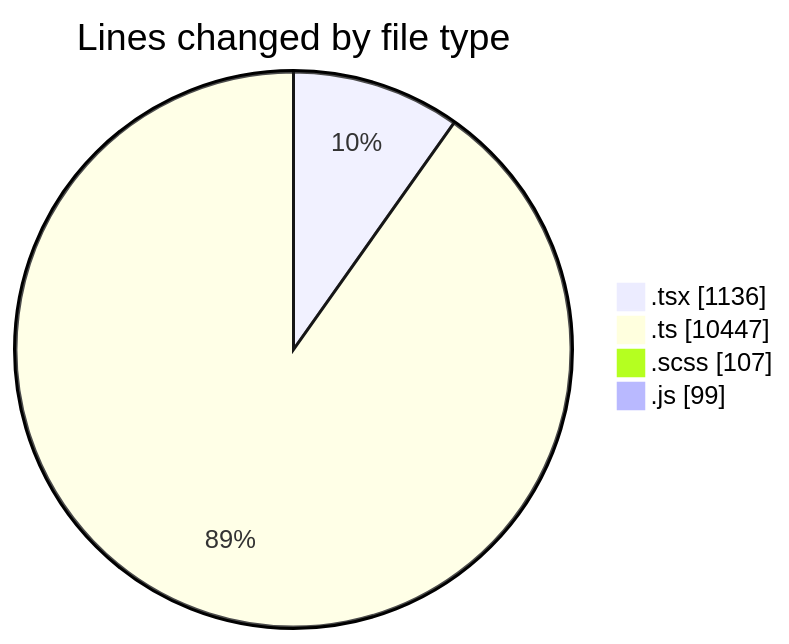
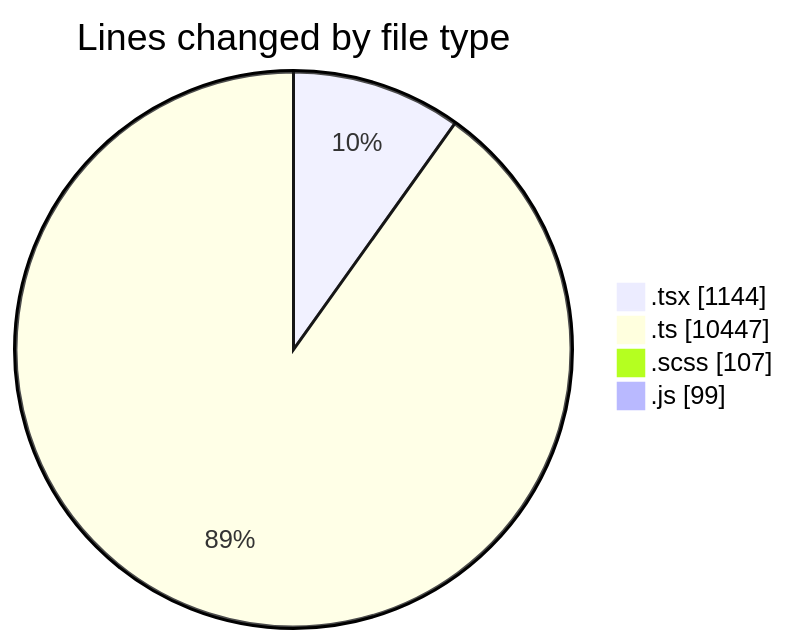
Before and after one commit to momahboobian/code-tracking: the first of 2 diagrams in 2025-03-26/cda/README.md, drawn with Mermaid. The commit also changed other lines of this file and 1 other file, not shown here.

````diff
--- a/2025-03-26/cda/README.md
+++ b/2025-03-26/cda/README.md
@@ -42,8 +42,8 @@
 ```mermaid
 pie showData
 title Lines changed by file type
-".tsx" : 1136
+".tsx" : 1144
 ".ts" : 10447
 ".scss" : 107
 ".js" : 99
 ```
````
